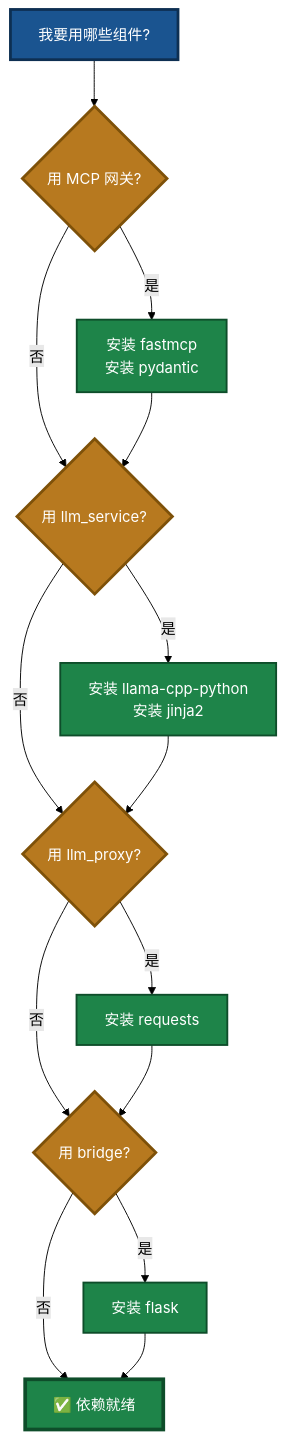
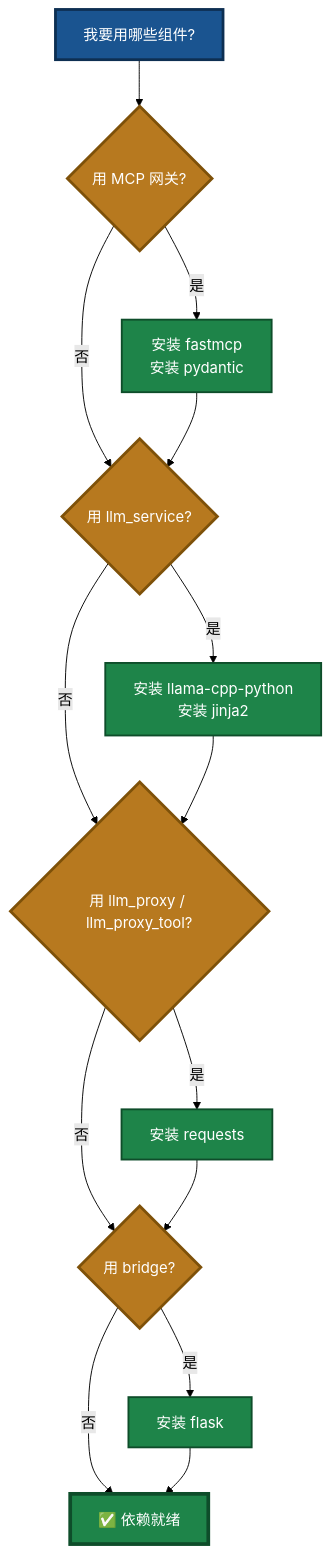
Before and after one commit to PassByYou888/LingoFuse-pasAgent: the third of 5 diagrams in Dependency_Installation_Guide.md, drawn with Mermaid (forest theme). The commit also changed other lines of this file and 33 other files, not shown here.

````diff
--- a/Dependency_Installation_Guide.md
+++ b/Dependency_Installation_Guide.md
@@ -153,27 +175,27 @@
 ```mermaid
 flowchart TD
     START["我要用哪些组件?"] --> Q1{"用 MCP 网关?"}
     Q1 -->|是| A1["安装 fastmcp<br/>安装 pydantic"]
     Q1 -->|否| Q2{"用 llm_service?"}
     A1 --> Q2
     Q2 -->|是| A2["安装 llama-cpp-python<br/>安装 jinja2"]
-    Q2 -->|否| Q3{"用 llm_proxy?"}
+    Q2 -->|否| Q3{"用 llm_proxy / llm_proxy_tool?"}
     A2 --> Q3
     Q3 -->|是| A3["安装 requests"]
     Q3 -->|否| Q4{"用 bridge?"}
     A3 --> Q4
     Q4 -->|是| A4["安装 flask"]
     Q4 -->|否| DONE["✅ 依赖就绪"]
     A4 --> DONE
 
     style START fill:#1A5490,stroke:#0D2F52,stroke-width:3px,color:#FFFFFF
     style Q1 fill:#B7791F,stroke:#7E5109,stroke-width:3px,color:#FFFFFF
     style Q2 fill:#B7791F,stroke:#7E5109,stroke-width:3px,color:#FFFFFF
     style Q3 fill:#B7791F,stroke:#7E5109,stroke-width:3px,color:#FFFFFF
     style Q4 fill:#B7791F,stroke:#7E5109,stroke-width:3px,color:#FFFFFF
     style A1 fill:#1E8449,stroke:#0E4D2A,stroke-width:2px,color:#FFFFFF
     style A2 fill:#1E8449,stroke:#0E4D2A,stroke-width:2px,color:#FFFFFF
     style A3 fill:#1E8449,stroke:#0E4D2A,stroke-width:2px,color:#FFFFFF
     style A4 fill:#1E8449,stroke:#0E4D2A,stroke-width:2px,color:#FFFFFF
     style DONE fill:#1E8449,stroke:#0E4D2A,stroke-width:4px,color:#FFFFFF
 ```
````
